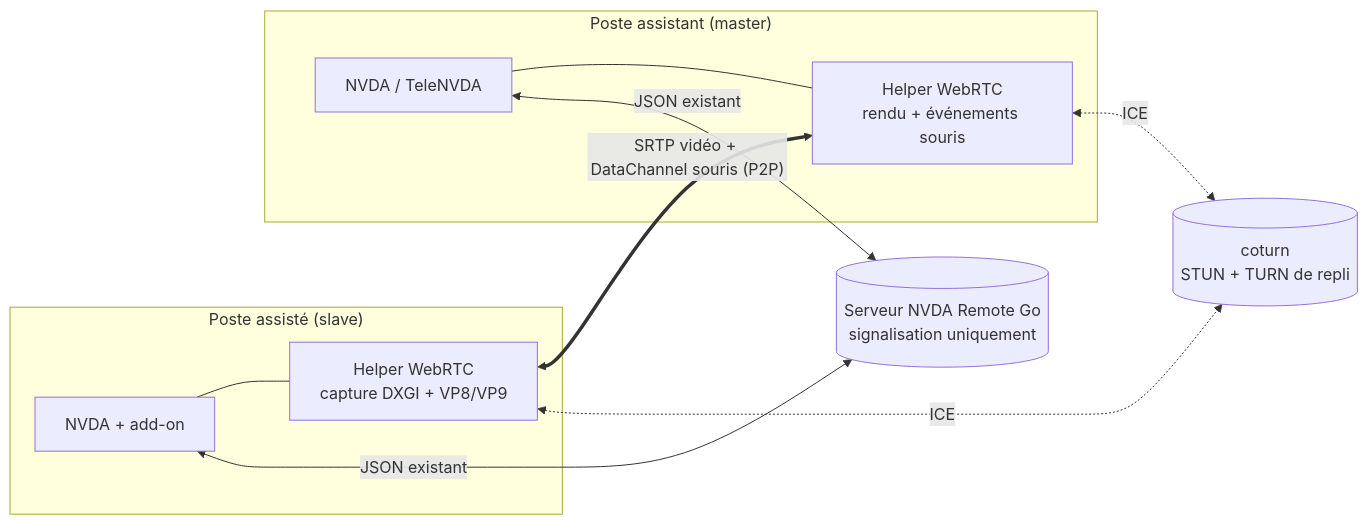
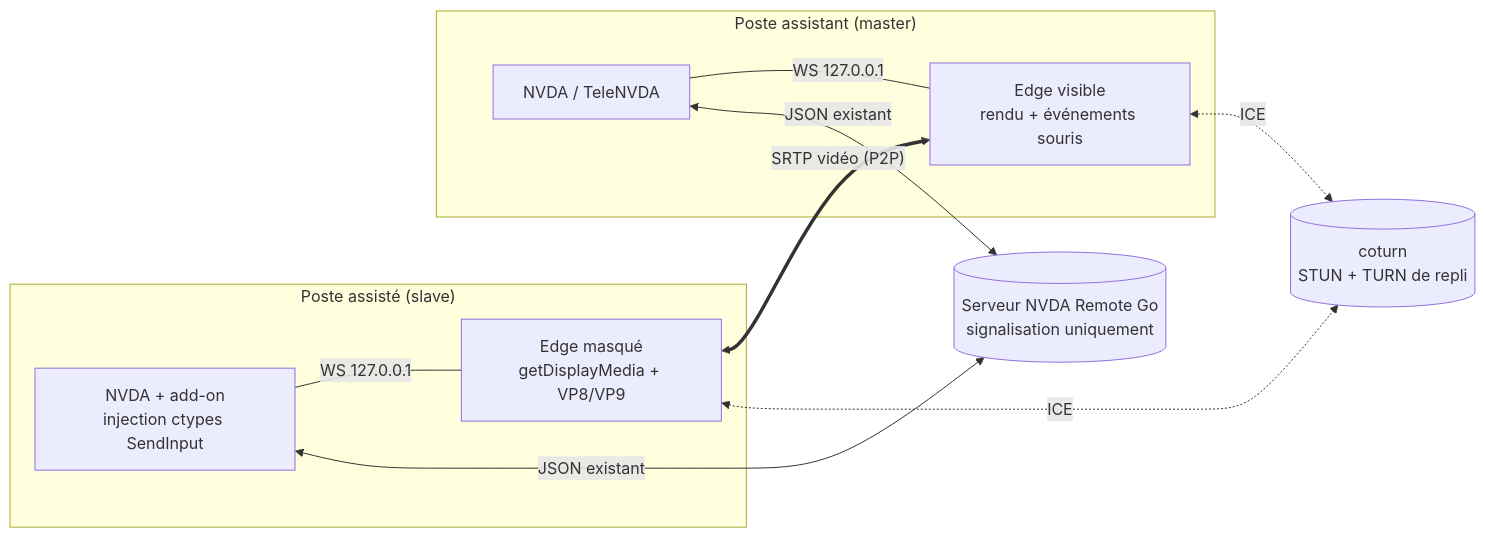
One commit to accessolutions/NVDA-Remote-GO changed the first of 2 diagrams in docs/partage-ecran-webrtc.md. Above: the diagram before and after it, drawn with Mermaid. The commit also changed other lines of this file and 2 other files, not shown here.

````diff
--- a/docs/partage-ecran-webrtc.md
+++ b/docs/partage-ecran-webrtc.md
@@ -56,21 +134,21 @@
 ```mermaid
 flowchart LR
     subgraph Slave["Poste assisté (slave)"]
-        NVDA1[NVDA + add-on]
-        HELPER1[Helper WebRTC<br/>capture DXGI + VP8/VP9]
+        NVDA1[NVDA + add-on<br/>injection ctypes SendInput]
+        EDGE1[Edge masqué<br/>getDisplayMedia + VP8/VP9]
     end
     subgraph Master["Poste assistant (master)"]
         NVDA2[NVDA / TeleNVDA]
-        HELPER2[Helper WebRTC<br/>rendu + événements souris]
+        EDGE2[Edge visible<br/>rendu + événements souris]
     end
     SRV[(Serveur NVDA Remote Go<br/>signalisation uniquement)]
     TURN[(coturn<br/>STUN + TURN de repli)]
 
     NVDA1 <-->|JSON existant| SRV
     NVDA2 <-->|JSON existant| SRV
-    NVDA1 --- HELPER1
-    NVDA2 --- HELPER2
-    HELPER1 <-.->|ICE| TURN
-    HELPER2 <-.->|ICE| TURN
-    HELPER1 <==>|"SRTP vidéo + DataChannel souris (P2P)"| HELPER2
+    NVDA1 ---|WS 127.0.0.1| EDGE1
+    NVDA2 ---|WS 127.0.0.1| EDGE2
+    EDGE1 <-.->|ICE| TURN
+    EDGE2 <-.->|ICE| TURN
+    EDGE1 <==>|"SRTP vidéo (P2P)"| EDGE2
 ```
````
